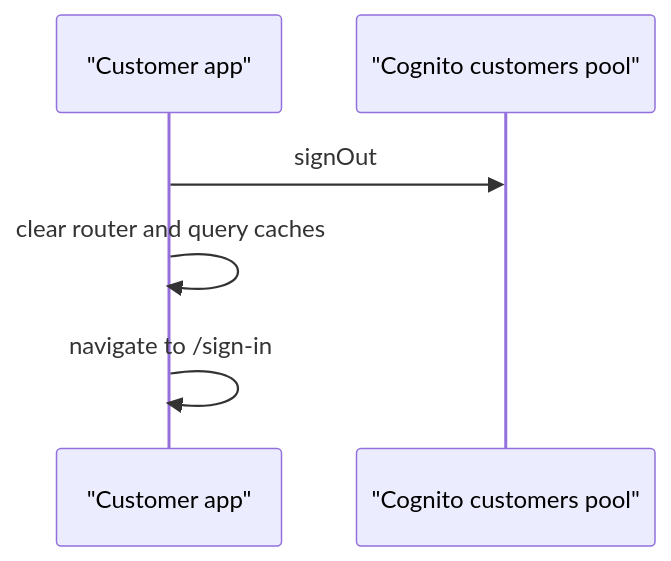
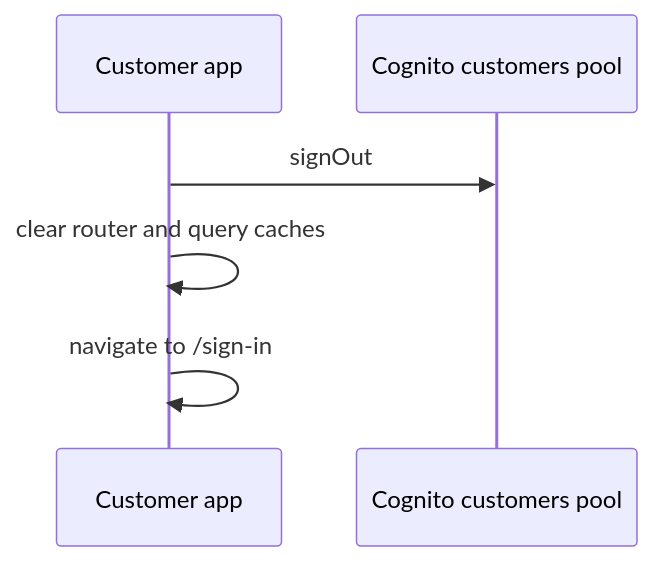
The seventh of 7 diagrams in docs/modules/identity/flows.md (Team-ACGS/factored-hackathon-2026-acgs), drawn with Mermaid before and after one commit. The commit also changed other lines of this file and 6 other files, not shown here.

Commit message:
docs(assistant,cases,data,identity,messaging): reviewer findings on flows and readme, round 2

````diff
--- a/docs/modules/identity/flows.md
+++ b/docs/modules/identity/flows.md
@@ -219,9 +219,9 @@
 ```mermaid
 sequenceDiagram
-    participant App as "Customer app"
-    participant Cog as "Cognito customers pool"
+    participant App as Customer app
+    participant Cog as Cognito customers pool
 
     App->>Cog: signOut
     App->>App: clear router and query caches
     App->>App: navigate to /sign-in
 ```
````
